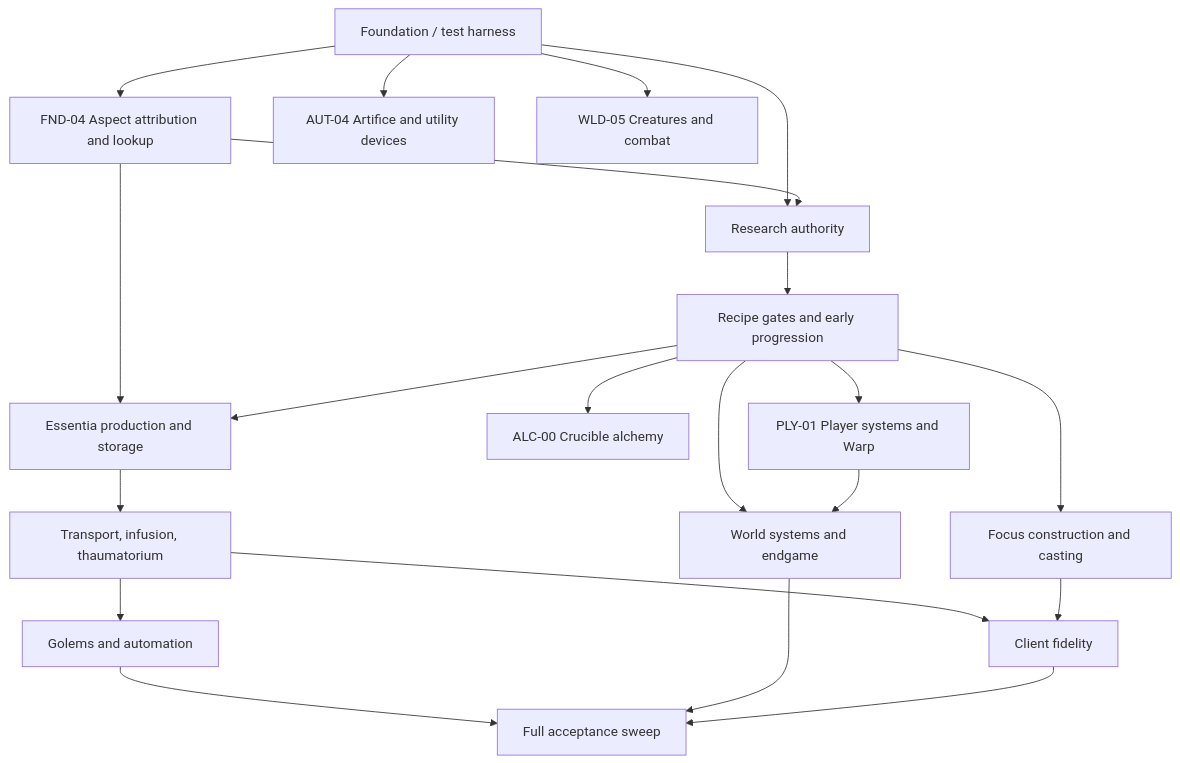
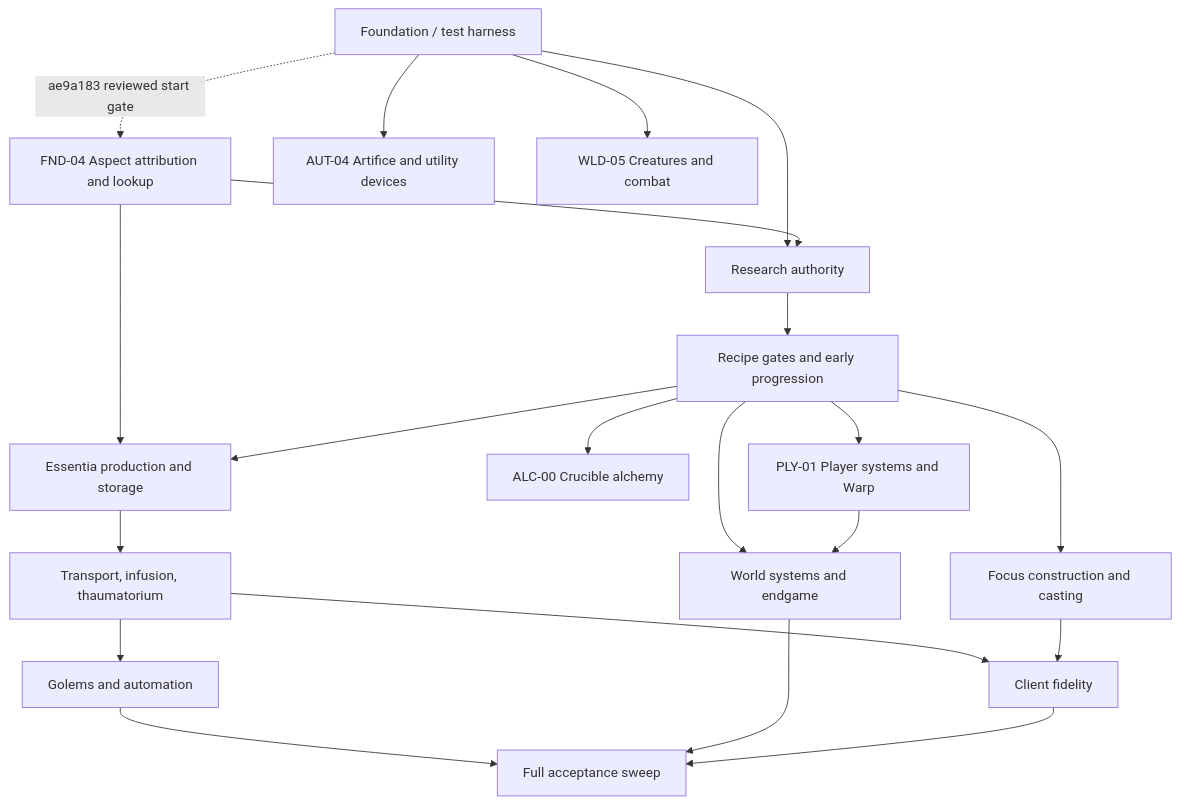
One commit to MrBeastyCakes/Thaumcraft-6-Source-Code-1.20.1 changed the diagram in docs/agent-pipeline/parity-workboard.md. Above: the diagram before and after it, drawn with Mermaid. The commit also changed other lines of this file and 10 other files, not shown here.

````diff
--- a/docs/agent-pipeline/parity-workboard.md
+++ b/docs/agent-pipeline/parity-workboard.md
@@ -20,23 +20,23 @@
 ```mermaid
 flowchart TD
   FND0[Foundation / test harness] --> RSR0[Research authority]
-  FND0 --> FND04[FND-04 Aspect attribution and lookup]
+  FND0 -. ae9a183 reviewed start gate .-> FND04[FND-04 Aspect attribution and lookup]
   FND04 --> RSR0
   FND04 --> ALC0[Essentia production and storage]
   RSR0 --> RSR1[Recipe gates and early progression]
   RSR1 --> ALC00[ALC-00 Crucible alchemy]
   RSR1 --> ALC0
   ALC0 --> ALC1[Transport, infusion, thaumatorium]
   RSR1 --> CAS0[Focus construction and casting]
   ALC1 --> AUT0[Golems and automation]
   FND0 --> AUT04[AUT-04 Artifice and utility devices]
   RSR1 --> WLD0[World systems and endgame]
   FND0 --> WLD05[WLD-05 Creatures and combat]
   RSR1 --> PLY01[PLY-01 Player systems and Warp]
   PLY01 --> WLD0
   ALC1 --> CLI0[Client fidelity]
   CAS0 --> CLI0
   AUT0 --> REL0[Full acceptance sweep]
   WLD0 --> REL0
   CLI0 --> REL0
 ```
````
